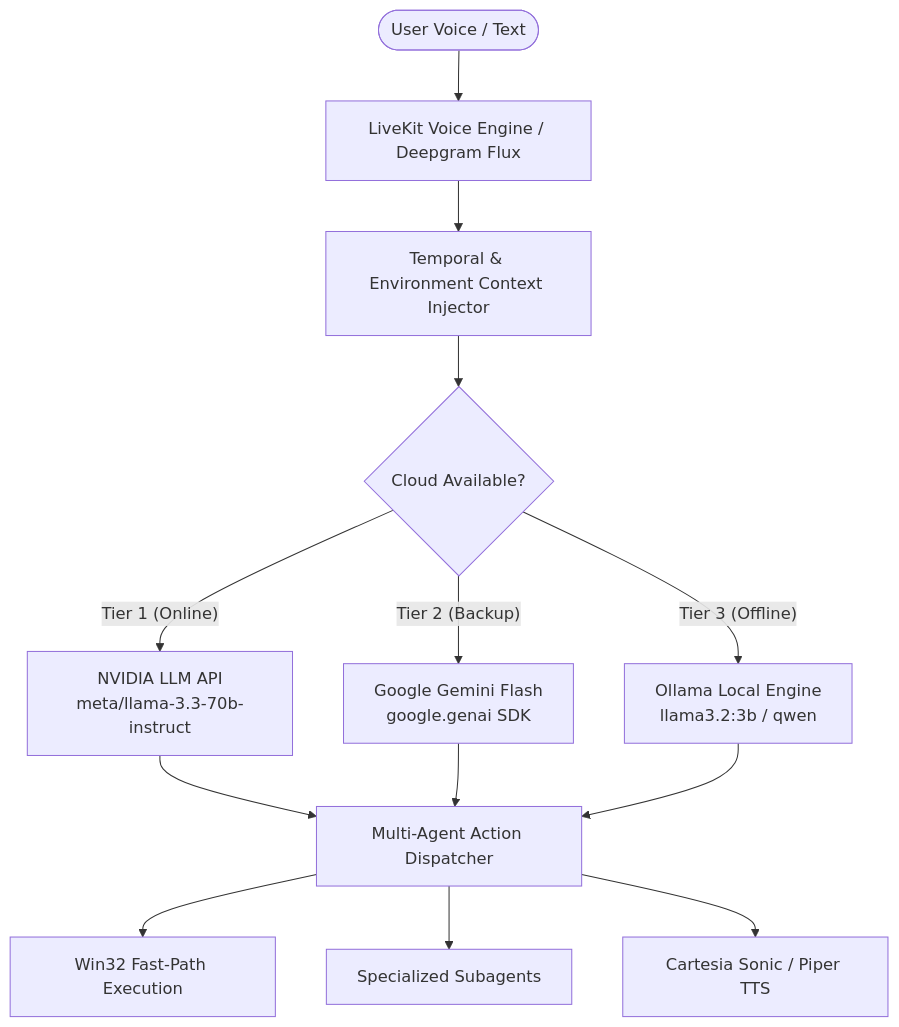
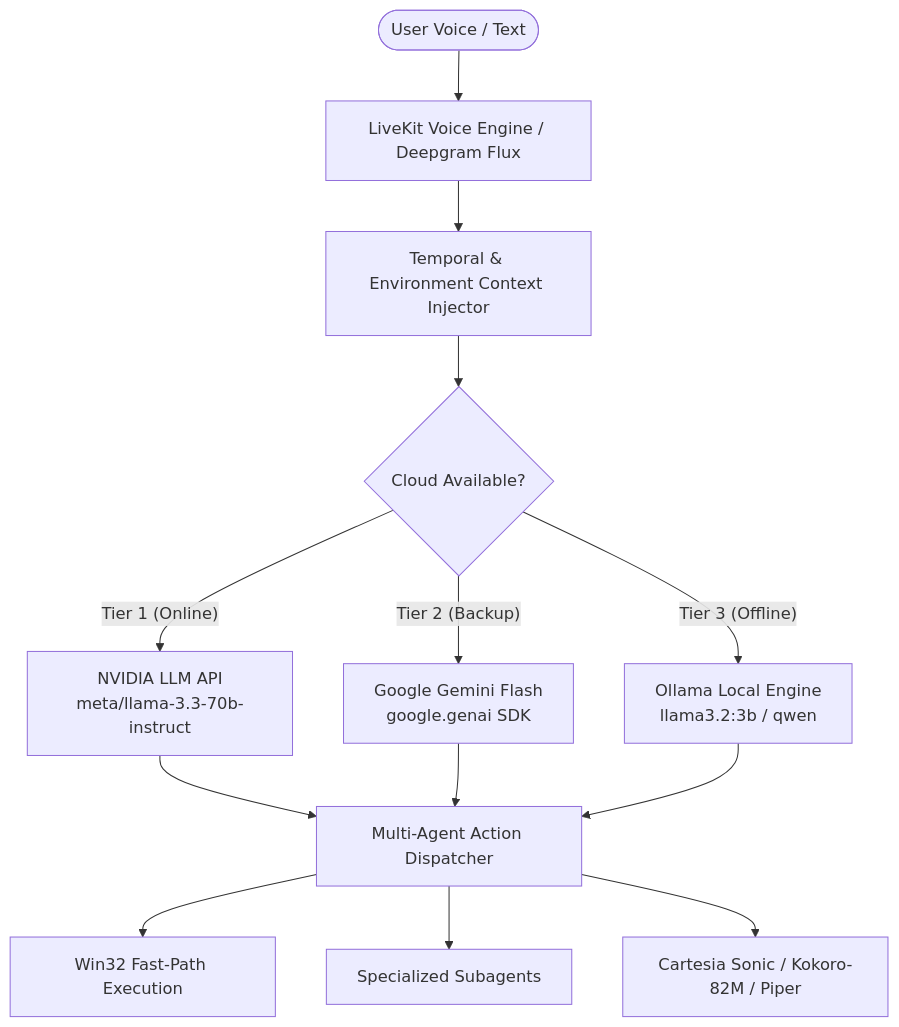
The first of 2 diagrams in AGENTS.md (skullhacker007/Jarvis), drawn with Mermaid before and after one commit. The commit also changed other lines of this file and 5 other files, not shown here.

````diff
--- a/AGENTS.md
+++ b/AGENTS.md
@@ -28,18 +28,18 @@
 ```mermaid
 flowchart TD
     User([User Voice / Text]) --> VoiceEngine[LiveKit Voice Engine / Deepgram Flux]
     VoiceEngine --> ContextInjector[Temporal & Environment Context Injector]
     ContextInjector --> BrainRouter{Cloud Available?}
     
     BrainRouter -- Tier 1 (Online) --> NvidiaPrimary[NVIDIA LLM API\nmeta/llama-3.3-70b-instruct]
     BrainRouter -- Tier 2 (Backup) --> GeminiBackup[Google Gemini Flash\ngoogle.genai SDK]
     BrainRouter -- Tier 3 (Offline) --> OllamaFallback[Ollama Local Engine\nllama3.2:3b / qwen]
 
     NvidiaPrimary --> Dispatcher[Multi-Agent Action Dispatcher]
     GeminiBackup --> Dispatcher
     OllamaFallback --> Dispatcher
 
     Dispatcher --> FastPath[Win32 Fast-Path Execution]
     Dispatcher --> Subagents[Specialized Subagents]
-    Dispatcher --> AudioStream[Cartesia Sonic / Piper TTS]
+    Dispatcher --> AudioStream[Cartesia Sonic / Kokoro-82M / Piper]
 ```
````
